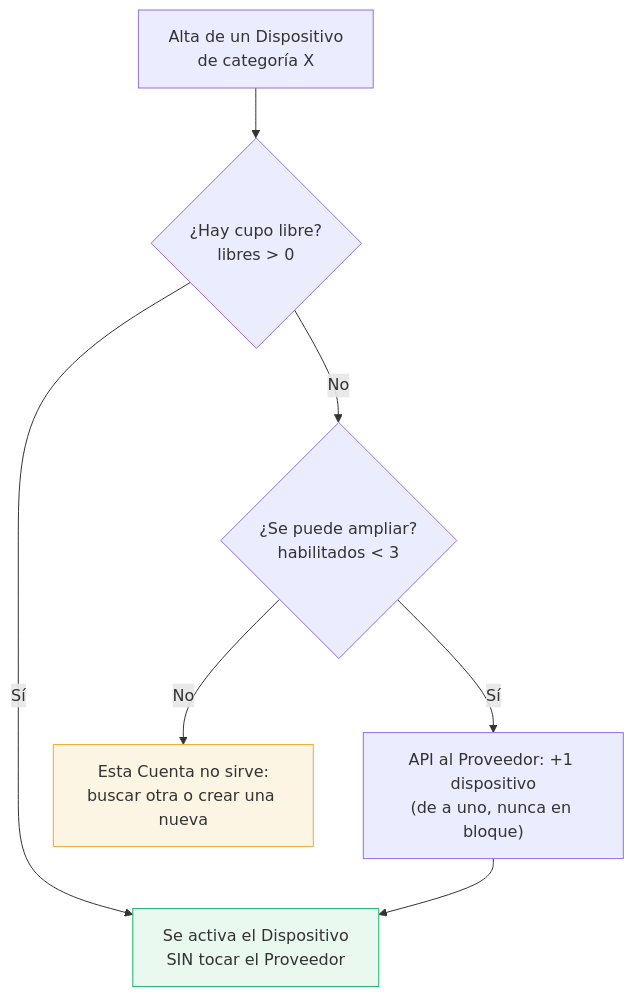
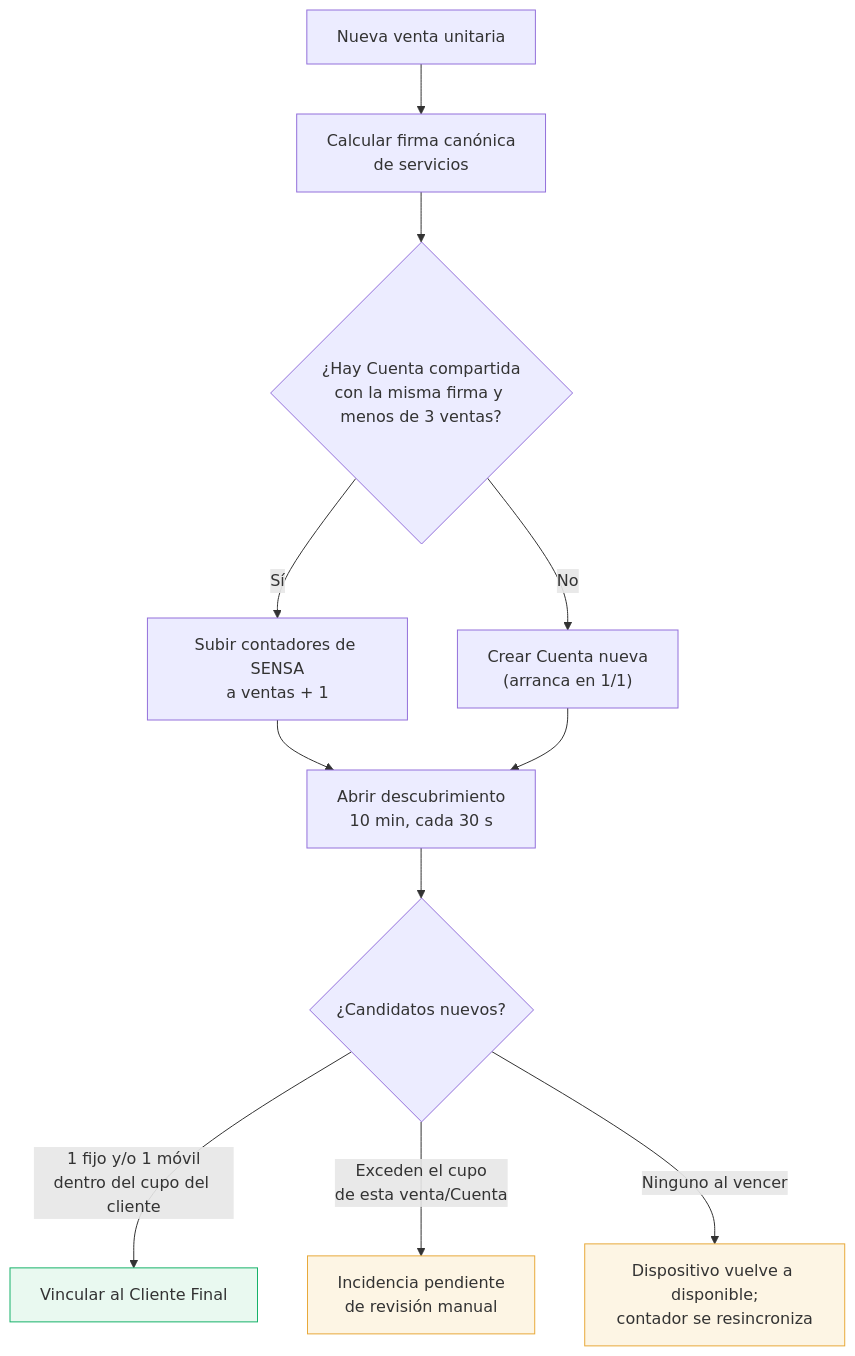
Before and after one commit to Leonel-18/iptvcontrol: the diagram in vault/10 - Negocio/Capacidad de una Cuenta.md, drawn with Mermaid. The commit also changed other lines of this file and 115 other files, not shown here.

````diff
--- a/vault/10 - Negocio/Capacidad de una Cuenta.md
+++ b/vault/10 - Negocio/Capacidad de una Cuenta.md
@@ -26,14 +41,18 @@
 ```mermaid
 flowchart TD
-    A["Alta de un Dispositivo<br/>de categoría X"] --> B{"¿Hay cupo libre?<br/>libres > 0"}
-    B -->|"Sí"| C["Se activa el Dispositivo<br/>SIN tocar el Proveedor"]
-    B -->|"No"| D{"¿Se puede ampliar?<br/>habilitados < 3"}
-    D -->|"Sí"| E["API al Proveedor: +1 dispositivo<br/>(de a uno, nunca en bloque)"]
-    E --> C
-    D -->|"No"| F["Esta Cuenta no sirve:<br/>buscar otra o crear una nueva"]
+    A["Nueva venta unitaria"] --> B["Calcular firma canónica<br/>de servicios"]
+    B --> C{"¿Hay Cuenta compartida<br/>con la misma firma y menos de 3 ventas?"}
+    C -->|"Sí"| D["Subir contadores de SENSA<br/>a ventas + 1"]
+    C -->|"No"| E["Crear Cuenta nueva<br/>(arranca en 1/1)"]
+    D --> F["Abrir descubrimiento<br/>10 min, cada 30 s"]
+    E --> F
+    F --> G{"¿Candidatos nuevos?"}
+    G -->|"1 fijo y/o 1 móvil<br/>dentro del cupo del cliente"| H["Vincular al Cliente Final"]
+    G -->|"Exceden el cupo<br/>de esta venta/Cuenta"| I["Incidencia pendiente<br/>de revisión manual"]
+    G -->|"Ninguno al vencer"| J["Dispositivo vuelve a disponible;<br/>contador se resincroniza"]
 
     classDef ok fill:#E9F9F0,stroke:#17B26A
     classDef alerta fill:#FDF5E4,stroke:#E8A93A
-    class C ok
-    class F alerta
+    class H ok
+    class I,J alerta
 ```
````
